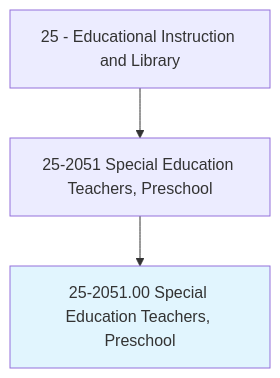
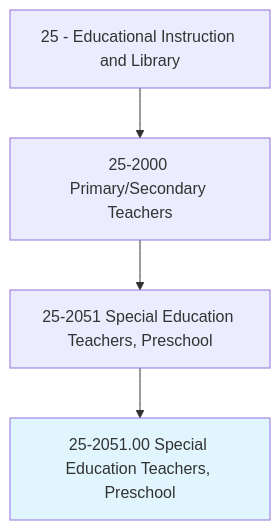
Before and after one commit to kziemski/business.org.ai: the first of 4 diagrams in occupations/Education/SpecialEducationTeachersPreschool.mdx, drawn with Mermaid. The commit also changed other lines of this file and 938 other files, not shown here.

````diff
--- a/occupations/Education/SpecialEducationTeachersPreschool.mdx
+++ b/occupations/Education/SpecialEducationTeachersPreschool.mdx
@@ -19,6 +23,7 @@
 ```mermaid
 graph TD
-    Cat25["25 - Educational Instruction and Library"] --> Group252051["25-2051 Special Education Teachers, Preschool"]
+    Cat25["25 - Educational Instruction and Library"] --> Group252["25-2000 Primary/Secondary Teachers"]
+    Group252 --> Group252051["25-2051 Special Education Teachers, Preschool"]
     Group252051 --> Current["25-2051.00 Special Education Teachers, Preschool"]
     style Current fill:#e1f5fe
 ```
````
